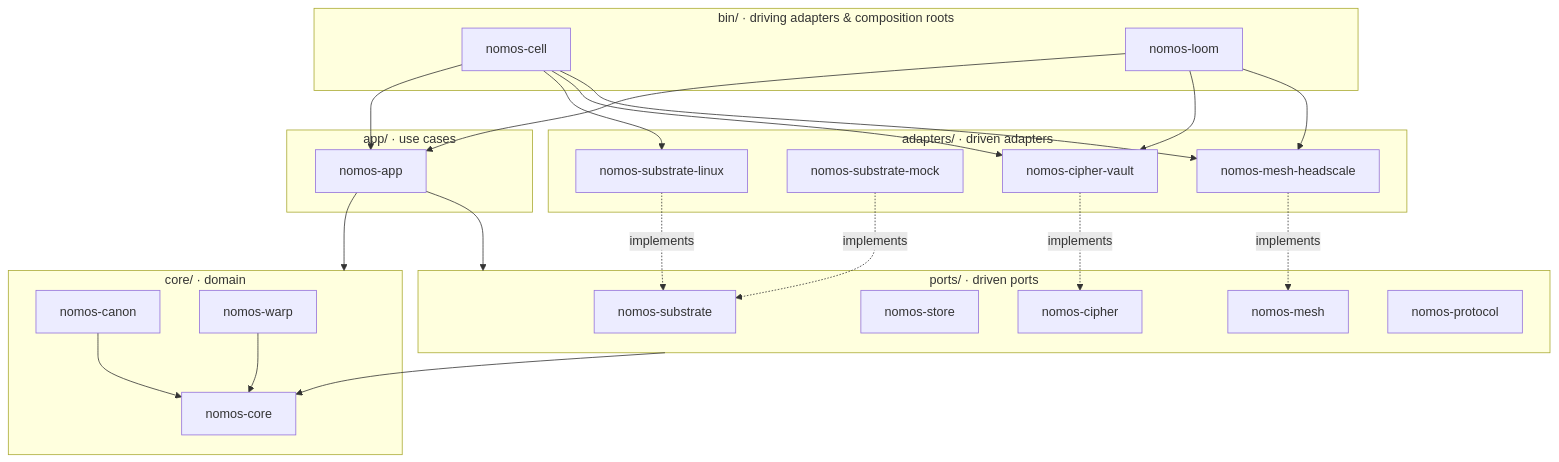
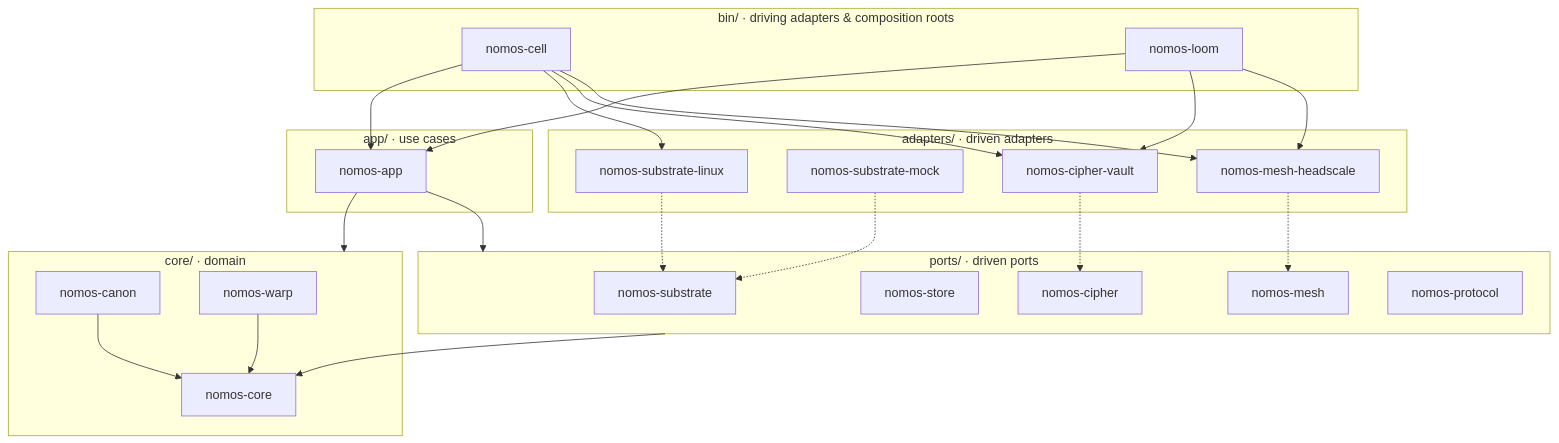
Before and after one commit to kmosoti/Nomos: the diagram in docs/architecture/hexagon.md, drawn with Mermaid. The commit also changed 7 other files, not shown here.

First line of the commit message:
Fix Mermaid diagrams that fail to render on GitHub

````diff
--- a/docs/architecture/hexagon.md
+++ b/docs/architecture/hexagon.md
@@ -7,39 +7,39 @@
 ```mermaid
 flowchart TB
     subgraph bin["bin/ · driving adapters &amp; composition roots"]
         cell["nomos-cell"]
         loom["nomos-loom"]
     end
     subgraph app["app/ · use cases"]
         napp["nomos-app"]
     end
     subgraph core["core/ · domain"]
         ncore["nomos-core"]
         canon["nomos-canon"]
         warp["nomos-warp"]
     end
     subgraph ports["ports/ · driven ports"]
         psub["nomos-substrate"]
         pstore["nomos-store"]
         pcip["nomos-cipher"]
         pmesh["nomos-mesh"]
         pproto["nomos-protocol"]
     end
     subgraph adapters["adapters/ · driven adapters"]
         alinux["nomos-substrate-linux"]
         amock["nomos-substrate-mock"]
         avault["nomos-cipher-vault"]
         ahs["nomos-mesh-headscale"]
     end
 
     cell & loom --> napp
     napp --> core
     napp --> ports
     ports --> ncore
     canon & warp --> ncore
-    alinux & amock -. implements .-> psub
-    avault -. implements .-> pcip
-    ahs -. implements .-> pmesh
+    alinux & amock -.-> psub
+    avault -.-> pcip
+    ahs -.-> pmesh
     cell --> alinux & avault & ahs
     loom --> avault & ahs
 ```
````
